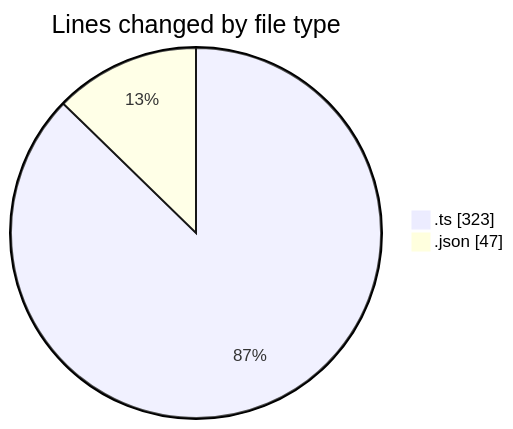
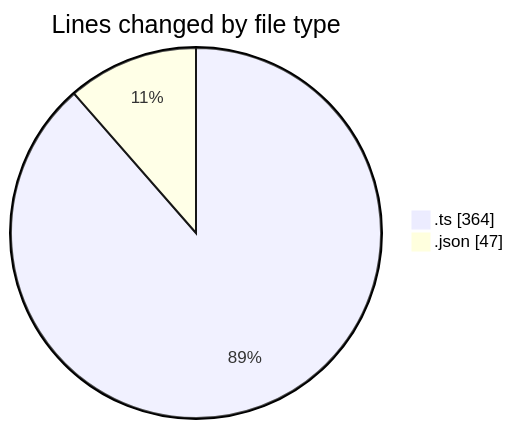
Before and after one commit to EIIisD/code-tracking: the first of 2 diagrams in 2025-08-18/reflect-mcp-bun/README.md, drawn with Mermaid. The commit also changed other lines of this file and 1 other file, not shown here.

````diff
--- a/2025-08-18/reflect-mcp-bun/README.md
+++ b/2025-08-18/reflect-mcp-bun/README.md
@@ -22,6 +23,6 @@
 ```mermaid
 pie showData
 title Lines changed by file type
-".ts" : 323
+".ts" : 364
 ".json" : 47
 ```
````
